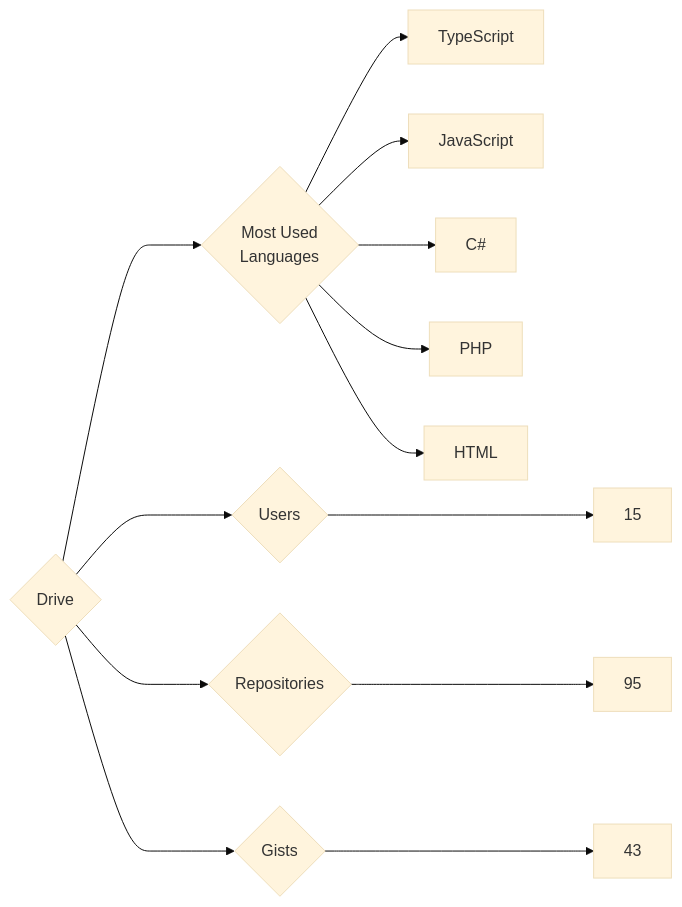
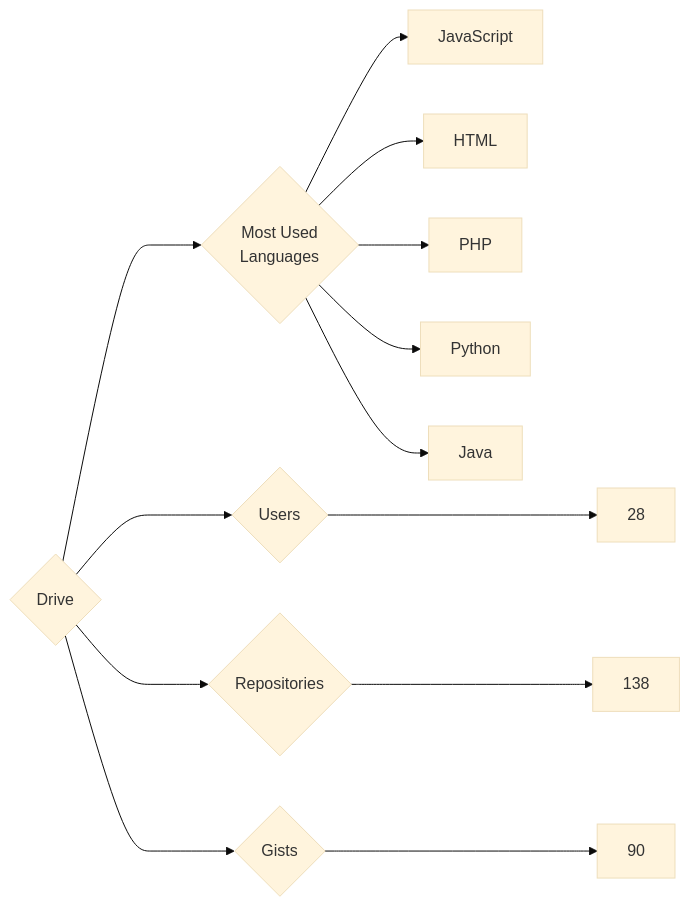
Before and after one commit to trickest/insiders: the diagram in targets/Drive/README.md, drawn with Mermaid (base theme). The commit also changed 935 other files, not shown here.

````diff
--- a/targets/Drive/README.md
+++ b/targets/Drive/README.md
@@ -3,13 +3,13 @@
 ```mermaid
 graph LR
 COMPANY_NAME{Drive}
-COMPANY_NAME ---> U{Users} ---> UN[15]
-COMPANY_NAME ---> R{Repositories} ---> RN[95]
-COMPANY_NAME ---> G{Gists} ---> GN[43]
+COMPANY_NAME ---> U{Users} ---> UN[28]
+COMPANY_NAME ---> R{Repositories} ---> RN[138]
+COMPANY_NAME ---> G{Gists} ---> GN[90]
 COMPANY_NAME ---> ML{Most Used<br>Languages}
-ML --> TypeScript[TypeScript]
 ML --> JavaScript[JavaScript]
-ML --> C#[C#]
+ML --> HTML[HTML]
 ML --> PHP[PHP]
-ML --> HTML[HTML]
+ML --> Python[Python]
+ML --> Java[Java]
 ```
````
